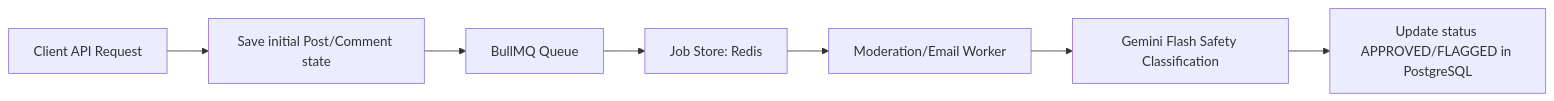
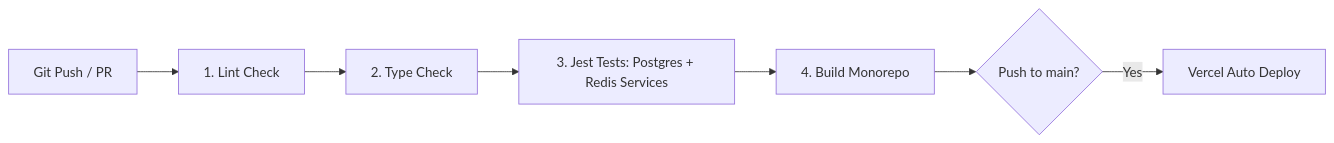
Before and after one commit to prrranay/pulse: the second of 2 diagrams in README.md, drawn with Mermaid. The commit also changed other lines of this file and 8 other files, not shown here.

````diff
--- a/README.md
+++ b/README.md
@@ -40,9 +120,9 @@
 ```mermaid
 flowchart LR
-    API[Client API Request] --> DB[Save initial Post/Comment state]
-    DB --> Queue[BullMQ Queue]
-    Queue --> Job[Job Store: Redis]
-    Job --> Worker[Moderation/Email Worker]
-    Worker --> AI[Gemini Flash Safety Classification]
-    AI --> UpdateDB[Update status APPROVED/FLAGGED in PostgreSQL]
+    Push[Git Push / PR] --> Lint[1. Lint Check]
+    Lint --> Typecheck[2. Type Check]
+    Typecheck --> Test[3. Jest Tests: Postgres + Redis Services]
+    Test --> Build[4. Build Monorepo]
+    Build --> Deploy{Push to main?}
+    Deploy -- Yes --> Vercel[Vercel Auto Deploy]
 ```
````
